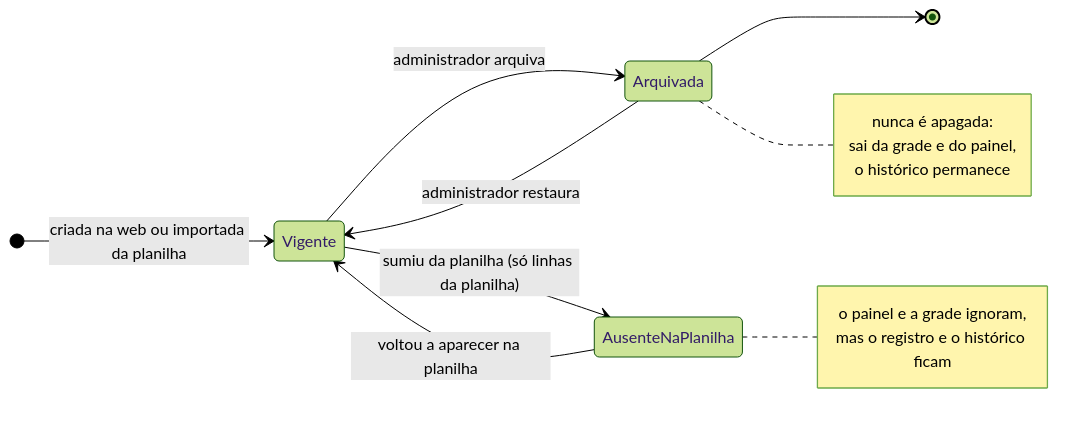
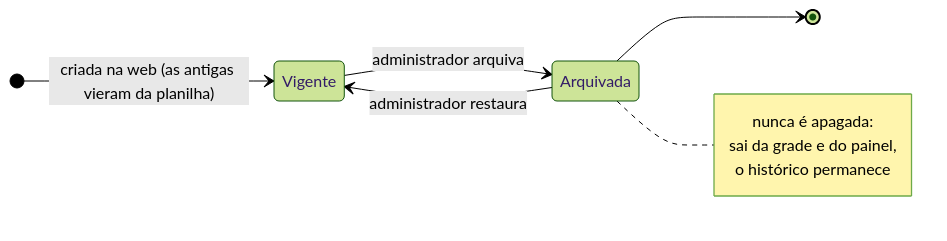
Diagram 11 of 22 in docs/DIAGRAMAS.md (agentanalisedegoverno-svg/dashboard-metrics-team), drawn with Mermaid (forest theme) before and after one commit. The commit also changed other lines of this file and 23 other files, not shown here.

Commit message:
docs: atualizar arquitetura, diagramas (D1 a D19, SVG) e documentos ao estado de 28/10/2026

````diff
--- a/docs/DIAGRAMAS.md
+++ b/docs/DIAGRAMAS.md
@@ -460,19 +467,13 @@
 ```mermaid
 stateDiagram-v2
   direction LR
-  [*] --> Vigente: criada na web ou importada da planilha
+  [*] --> Vigente: criada na web (as antigas vieram da planilha)
   Vigente --> Arquivada: administrador arquiva
   Arquivada --> Vigente: administrador restaura
-  Vigente --> AusenteNaPlanilha: sumiu da planilha (só linhas da planilha)
-  AusenteNaPlanilha --> Vigente: voltou a aparecer na planilha
   Arquivada --> [*]
   note right of Arquivada
     nunca é apagada:
     sai da grade e do painel,
     o histórico permanece
   end note
-  note right of AusenteNaPlanilha
-    o painel e a grade ignoram,
-    mas o registro e o histórico ficam
-  end note
 ```
````
